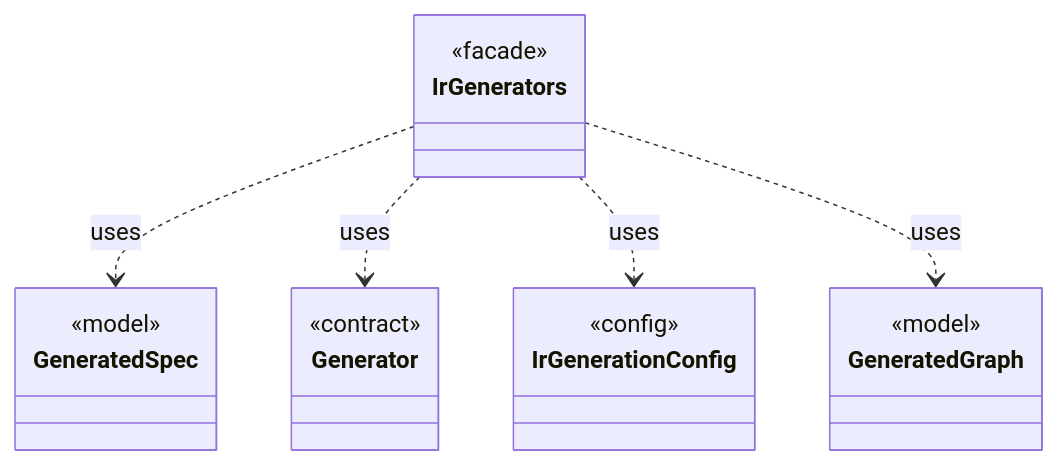
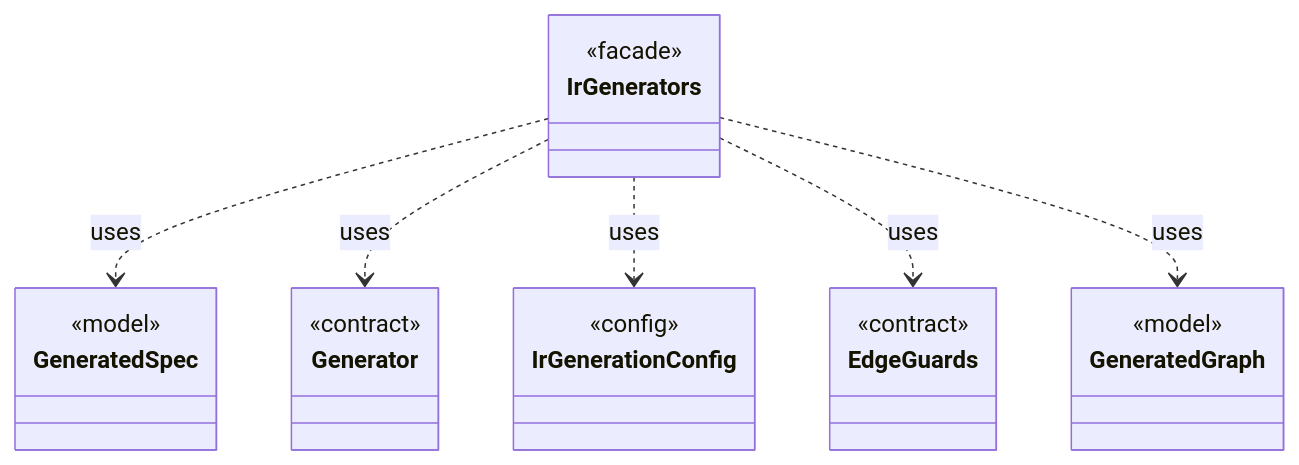
One commit to tlaplus/model-checker-hardening changed the diagram in dev/types/io.github.tlaplus.hardening.gen.IrGenerators.md. Above: the diagram before and after it, drawn with Mermaid. The commit also changed other lines of this file and 405 other files, not shown here.

````diff
--- a/dev/types/io.github.tlaplus.hardening.gen.IrGenerators.md
+++ b/dev/types/io.github.tlaplus.hardening.gen.IrGenerators.md
@@ -7,22 +7,26 @@
 ```mermaid
 classDiagram
   class IrGenerators {
     <<facade>>
   }
   class GeneratedSpec {
     <<model>>
   }
   class Generator {
     <<contract>>
   }
   class IrGenerationConfig {
     <<config>>
   }
+  class EdgeGuards {
+    <<contract>>
+  }
   class GeneratedGraph {
     <<model>>
   }
   IrGenerators ..> GeneratedSpec : uses
   IrGenerators ..> Generator : uses
   IrGenerators ..> IrGenerationConfig : uses
+  IrGenerators ..> EdgeGuards : uses
   IrGenerators ..> GeneratedGraph : uses
 ```
````
